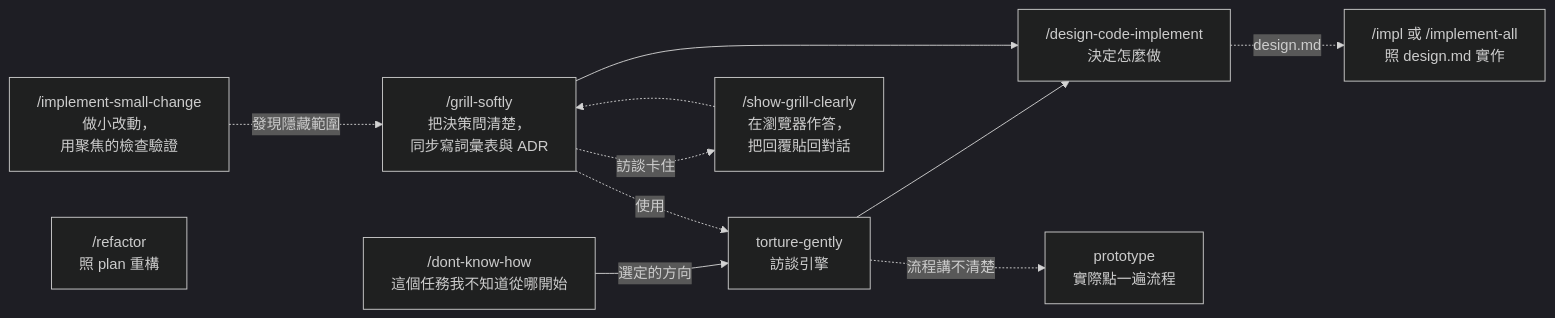
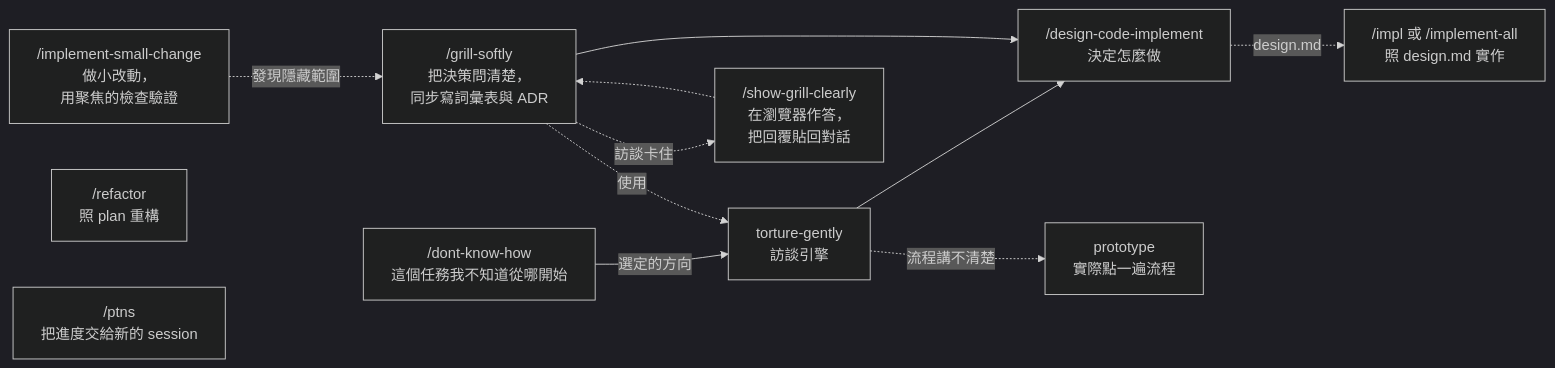
Before and after one commit to GUOJIE-HONG/skills: the diagram in README.zh-TW.md, drawn with Mermaid (dark theme). The commit also changed other lines of this file and 1 other file, not shown here.

First line of the commit message:
docs: README 改為只保留流程圖，移除各 skill 說明與前置需求表

````diff
--- a/README.zh-TW.md
+++ b/README.zh-TW.md
@@ -68,15 +59,16 @@
 ```mermaid
 flowchart LR
     A["/dont-know-how<br/>這個任務我不知道從哪開始"] -->|"選定的方向"| F["torture-gently<br/>訪談引擎"]
     F --> C
     F -. 流程講不清楚 .-> P["prototype<br/>實際點一遍流程"]
     B["/grill-softly<br/>把決策問清楚，<br/>同步寫詞彙表與 ADR"]
     B --> C["/design-code-implement<br/>決定怎麼做"]
     D["/implement-small-change<br/>做小改動，<br/>用聚焦的檢查驗證"]
     R["/refactor<br/>照 plan 重構"]
+    H["/ptns<br/>把進度交給新的 session"]
     C -.->|"design.md"| G["/impl 或 /implement-all<br/>照 design.md 實作"]
     B -. 訪談卡住 .-> E["/show-grill-clearly<br/>在瀏覽器作答，<br/>把回覆貼回對話"]
     E -.-> B
     B -. 使用 .-> F
     D -. 發現隱藏範圍 .-> B
 ```
````
